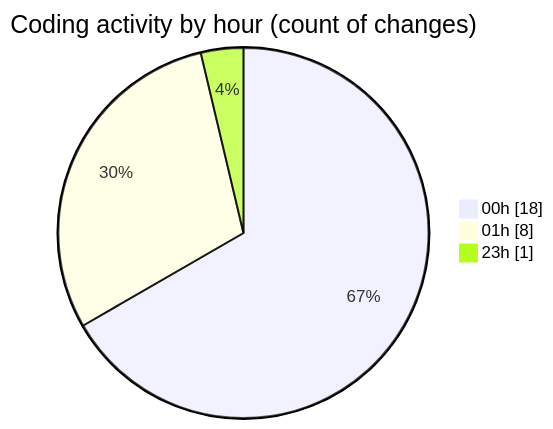
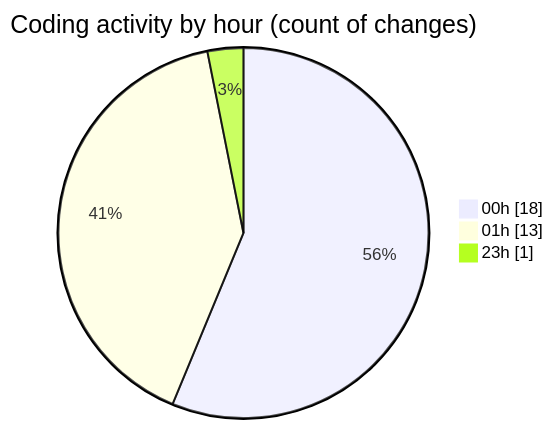
Before and after one commit to donsfak/code-tracking: the second of 2 diagrams in 2025-01-02/uber_clone/README.md, drawn with Mermaid. The commit also changed other lines of this file and 1 other file, not shown here.

````diff
--- a/2025-01-02/uber_clone/README.md
+++ b/2025-01-02/uber_clone/README.md
@@ -33,7 +35,7 @@
 ```mermaid
 pie showData
 title Coding activity by hour (count of changes)
 "00h" : 18
-"01h" : 8
+"01h" : 13
 "23h" : 1
 ```
````
